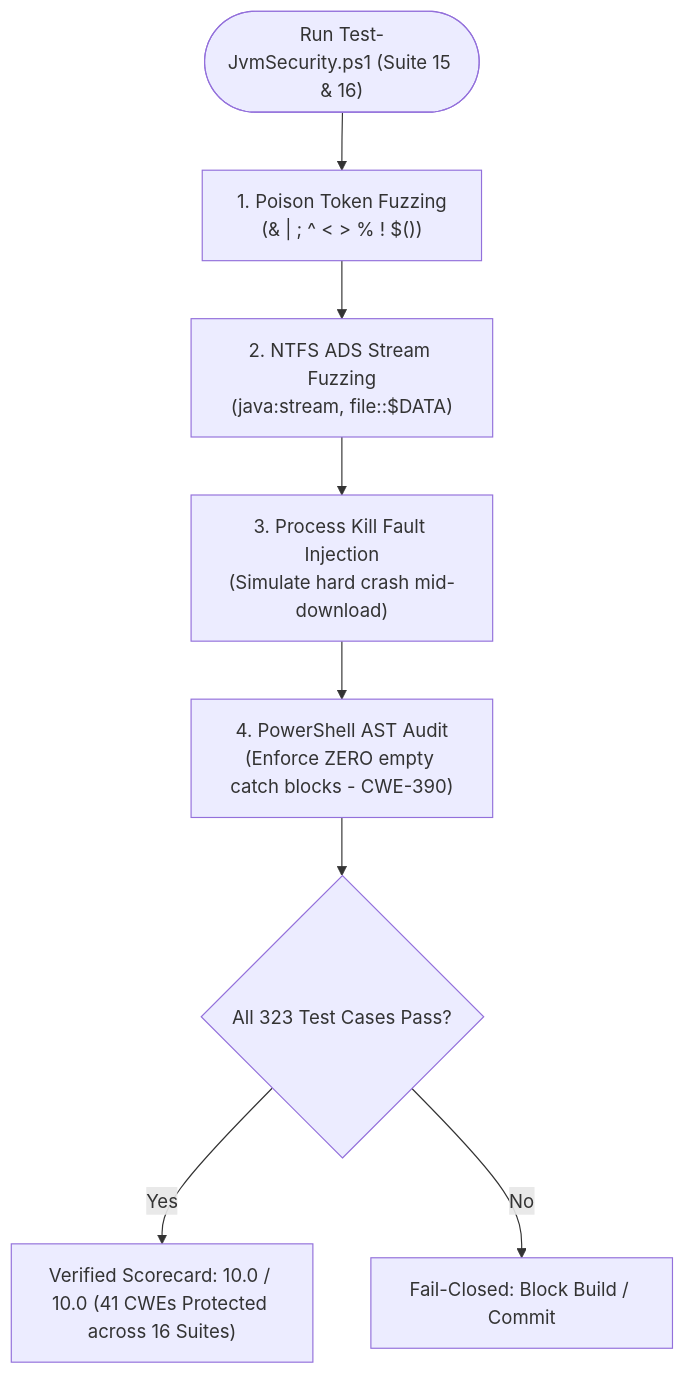
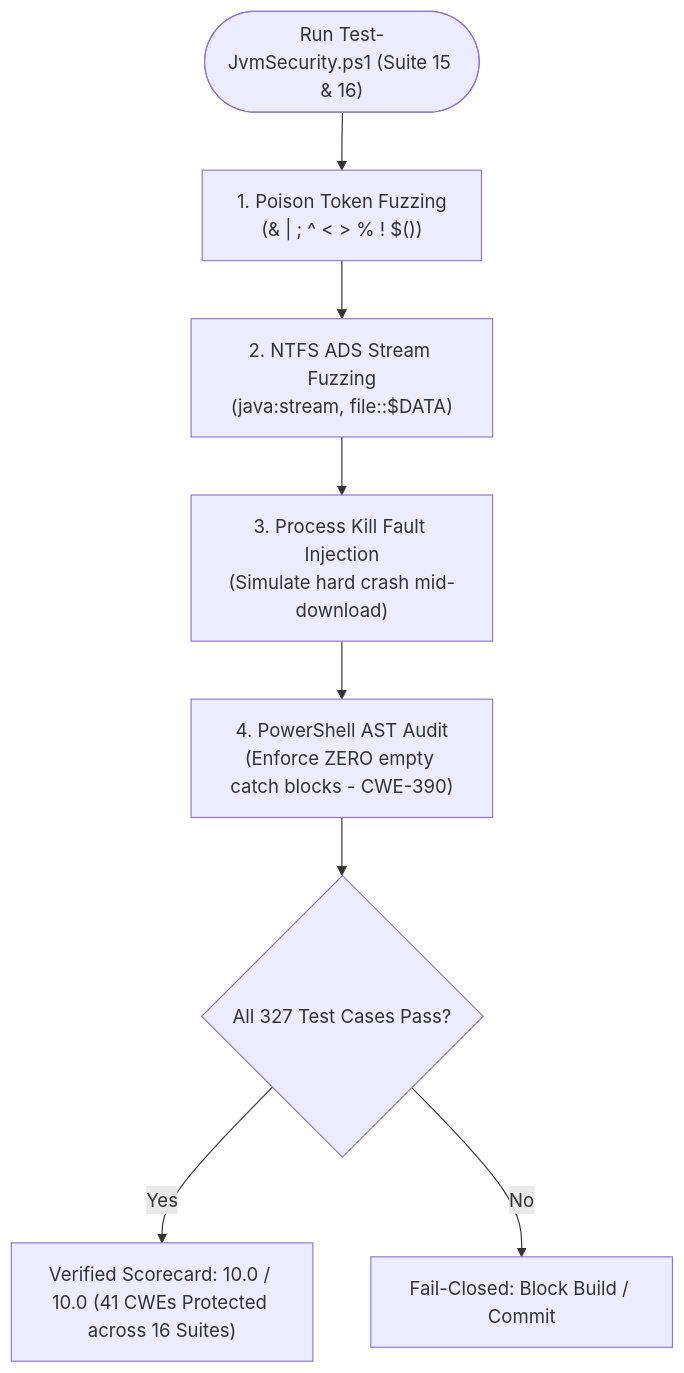
The second of 2 diagrams in docs/THREAT-MATRIX.md (DiamTek/Java-Version-Manager-Windows), drawn with Mermaid before and after one commit. The commit also changed 17 other files, not shown here.

````diff
--- a/docs/THREAT-MATRIX.md
+++ b/docs/THREAT-MATRIX.md
@@ -138,10 +138,10 @@
 ```mermaid
 flowchart TD
     Start(["Run Test-JvmSecurity.ps1 (Suite 15 & 16)"]) --> M1["1. Poison Token Fuzzing<br>(& | ; ^ < > % ! $())"]
     M1 --> M2["2. NTFS ADS Stream Fuzzing<br>(java:stream, file::$DATA)"]
     M2 --> M3["3. Process Kill Fault Injection<br>(Simulate hard crash mid-download)"]
     M3 --> M4["4. PowerShell AST Audit<br>(Enforce ZERO empty catch blocks - CWE-390)"]
-    M4 --> Pass{"All 323 Test Cases Pass?"}
+    M4 --> Pass{"All 327 Test Cases Pass?"}
     Pass -- Yes --> Score["Verified Scorecard: 10.0 / 10.0 (41 CWEs Protected across 16 Suites)"]
     Pass -- No --> Fail["Fail-Closed: Block Build / Commit"]
 ```
````
